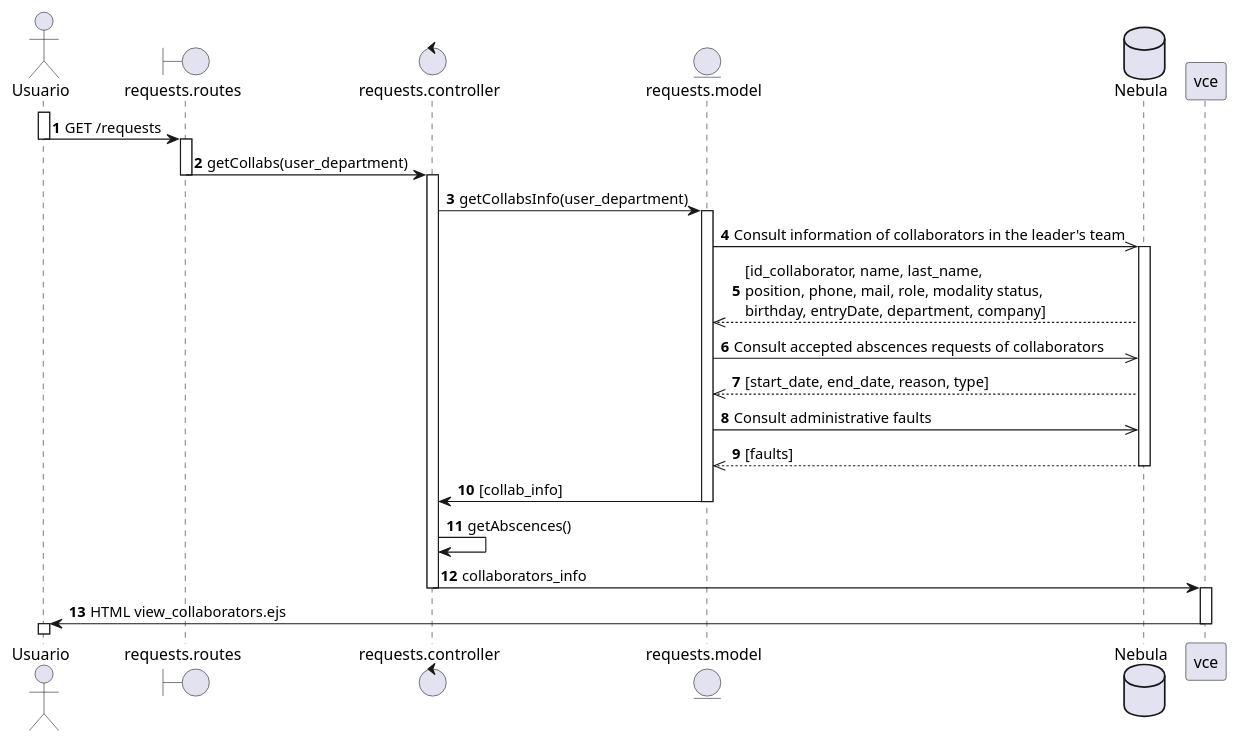
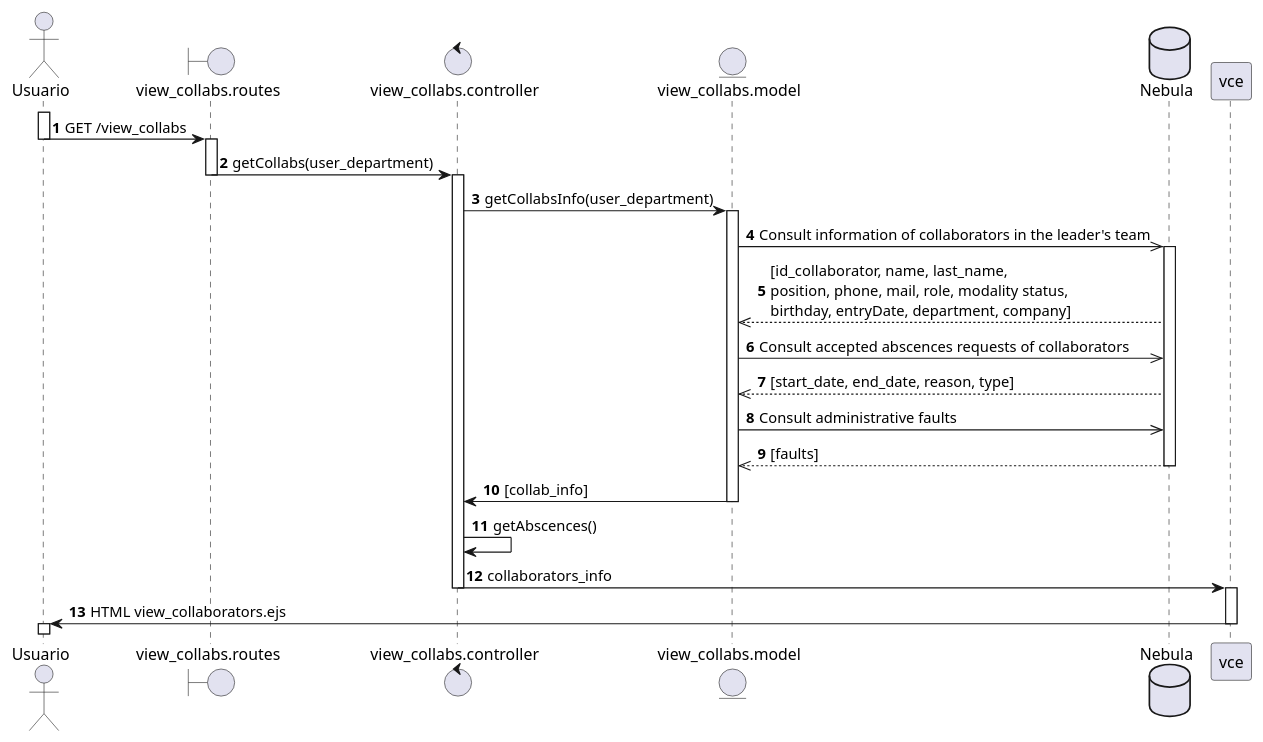
One commit to SALV19/Nebula_tc2005b changed the diagram in diagramas_secuencia/leader_consutls_collabs.puml. Above: the diagram before and after it, drawn with PlantUML. The commit also changed 18 other files, not shown here.

```diff
--- a/diagramas_secuencia/leader_consutls_collabs.puml
+++ b/diagramas_secuencia/leader_consutls_collabs.puml
@@ -1,41 +1,41 @@
 @startuml Prueba
 autonumber
 actor Usuario as u
-boundary requests.routes as vcr
-control requests.controller as vcc
-entity requests.model as vcm
+boundary view_collabs.routes as vcr
+control view_collabs.controller as vcc
+entity view_collabs.model as vcm
 database Nebula as db
 
 activate u
-u -> vcr : GET /requests
+u -> vcr : GET /view_collabs
 deactivate u
 
 activate vcr
 vcr -> vcc : getCollabs(user_department)
 deactivate vcr
 
 activate vcc
 vcc -> vcm : getCollabsInfo(user_department)
 
 activate vcm
 vcm ->> db : Consult information of collaborators in the leader's team
 activate db
 db -->> vcm : [id_collaborator, name, last_name, \nposition, phone, mail, role, modality status, \nbirthday, entryDate, department, company]
 vcm ->> db : Consult accepted abscences requests of collaborators
 db -->> vcm : [start_date, end_date, reason, type]
 vcm ->> db : Consult administrative faults
 db -->> vcm : [faults]
 deactivate db
 
 vcm -> vcc : [collab_info]
 deactivate vcm
 vcc -> vcc : getAbscences()
 vcc -> vce : collaborators_info
 deactivate vcc
 activate vce
 vce -> u : HTML view_collaborators.ejs
 deactivate vce
 activate u
 
 
 @enduml
```
